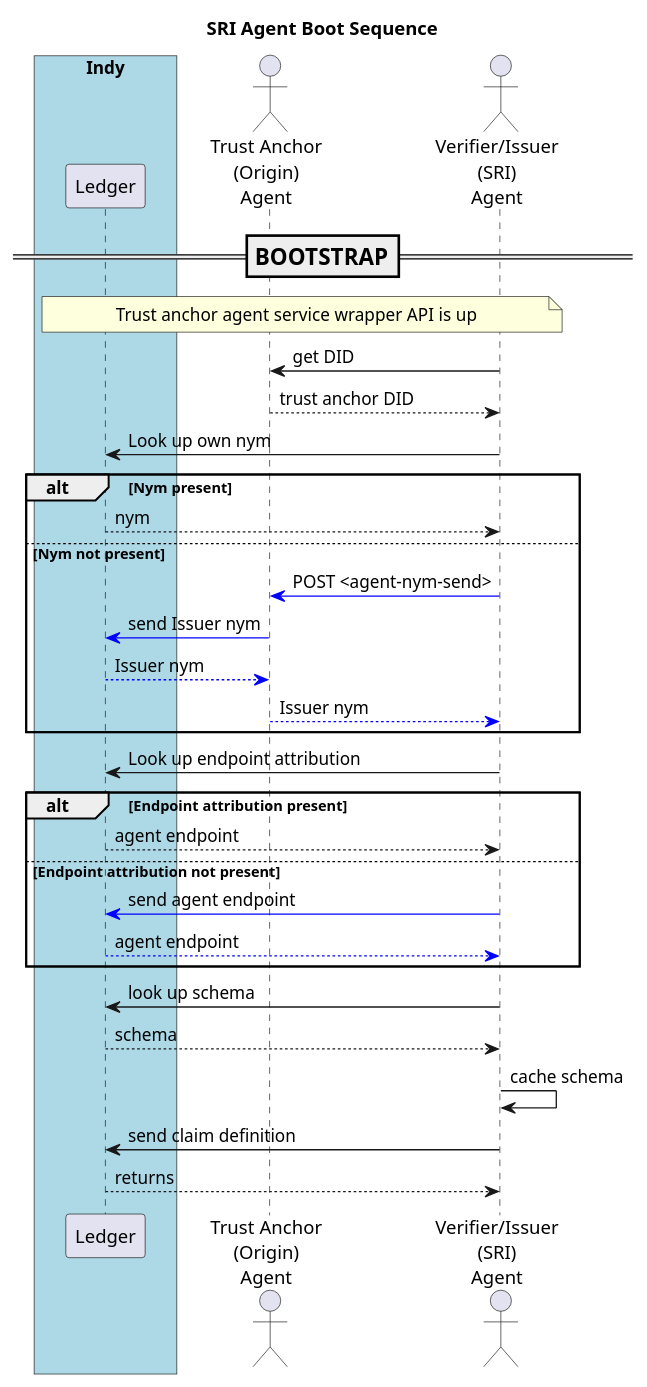
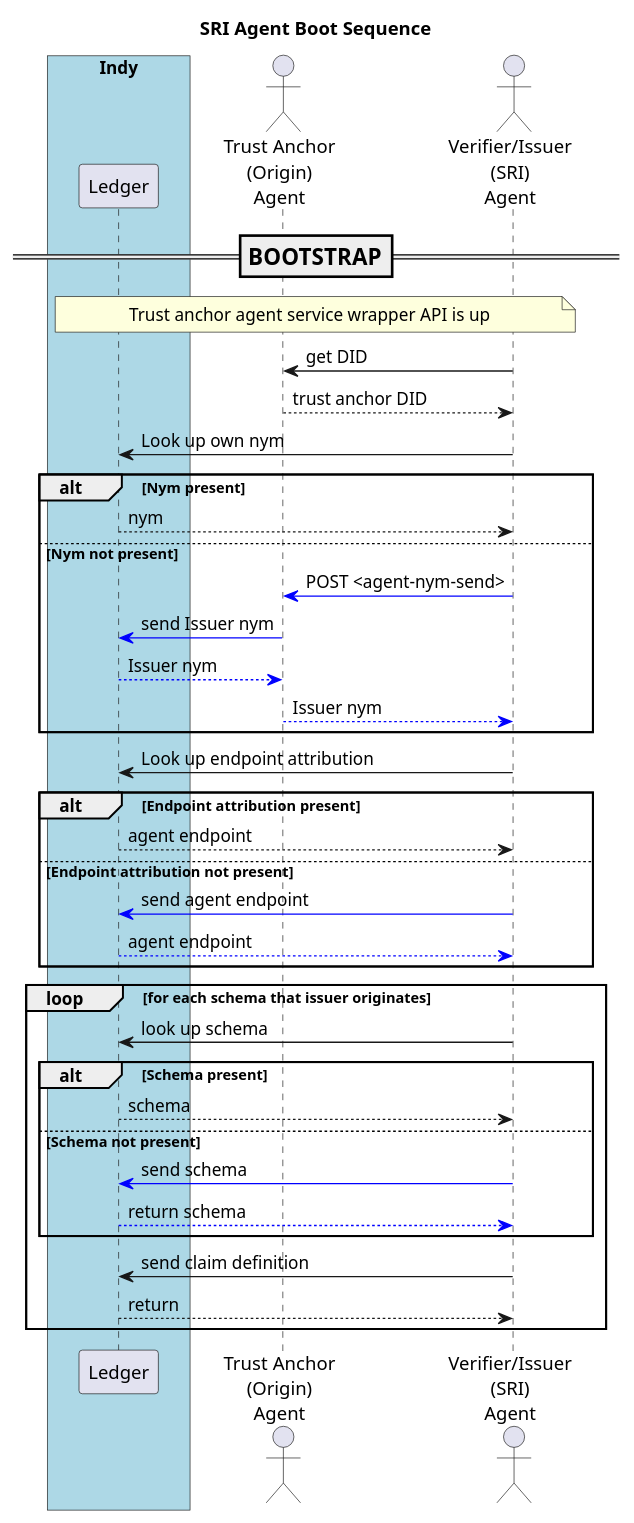
One commit to PSPC-SPAC-buyandsell/von_base changed the diagram in doc/pic/src/boot.sag.puml. Above: the diagram before and after it, drawn with PlantUML. The commit also changed 20 other files, not shown here.

Commit message:
allow each issuer to originate one schema (or none)

```diff
--- a/doc/pic/src/boot.sag.puml
+++ b/doc/pic/src/boot.sag.puml
@@ -1,63 +1,69 @@
 @startuml
 /'
 Copyright 2017 Government of Canada - Public Services and Procurement Canada - buyandsell.gc.ca
 
 Licensed under the Apache License, Version 2.0 (the "License");
 you may not use this file except in compliance with the License.
 You may obtain a copy of the License at
 
 http://www.apache.org/licenses/LICENSE-2.0
 
 Unless required by applicable law or agreed to in writing, software
 distributed under the License is distributed on an "AS IS" BASIS,
 WITHOUT WARRANTIES OR CONDITIONS OF ANY KIND, either express or implied.
 See the License for the specific language governing permissions and
 limitations under the License.
 '/
 
 skinparam ParticipantPadding 20
 skinparam BaloxPadding 20
 
 title SRI Agent Boot Sequence
 
 
 box "Indy" #LightBlue
     participant "Ledger" as ledger
 endbox
 actor "Trust Anchor\n(Origin)\nAgent" as tag
 actor "Verifier/Issuer\n(SRI)\nAgent" as sag
 
 === BOOTSTRAP ==
 note over ledger, sag
 Trust anchor agent service wrapper API is up
 endnote
 
 sag -> tag: get DID
 tag --> sag: trust anchor DID
 
 sag -> ledger: Look up own nym
 alt Nym present
     ledger --> sag: nym
 else Nym not present
     sag -[#blue]> tag: POST <agent-nym-send>
     tag -[#blue]> ledger: send Issuer nym
     ledger --[#blue]> tag: Issuer nym
     tag --[#blue]> sag: Issuer nym
 end
 
 sag -> ledger: Look up endpoint attribution
 alt Endpoint attribution present
     ledger --> sag: agent endpoint
 else Endpoint attribution not present
     sag -[#blue]> ledger: send agent endpoint
     ledger --[#blue]> sag: agent endpoint
 end
 
-sag -> ledger: look up schema
-ledger --> sag: schema
-sag -> sag: cache schema
+loop for each schema that issuer originates
+    sag -> ledger: look up schema
+    alt Schema present
+        ledger --> sag: schema
+    else Schema not present
+        sag -[#blue]> ledger: send schema
+        ledger --[#blue]> sag: return schema
+    end
 
 sag -> ledger: send claim definition
-ledger --> sag: returns
+ledger --> sag: return
+end
 
 @enduml
```
